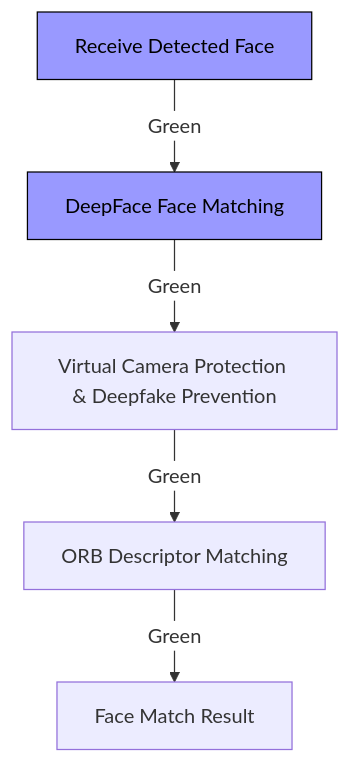
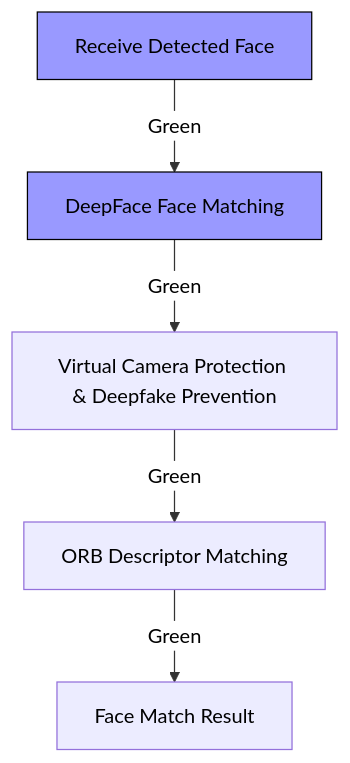
The third of 6 diagrams in README.md (Tharun-selladurai/face_liveliness_web_platform), drawn with Mermaid before and after one commit. The commit also changed other lines of this file, not shown here.

````diff
--- a/README.md
+++ b/README.md
@@ -87,11 +87,11 @@
 ```mermaid
-%%{init: {'theme': 'default', 'themeVariables': {'edgeLabelBackground':'#ffffff', 'tertiaryColor':'#ffffff'}}}%%
+%%{init: { "theme": "default", "themeVariables": { "edgeLabelBackground": "#ffffff", "tertiaryColor": "#ffffff", "primaryColor": "#9999ff", "edgeColor": "#008000", "textColor": "#000000" }}}%%
 graph TD;
     A[Receive Detected Face] -->|Green| B[DeepFace Face Matching]
     B -->|Green| C[Virtual Camera Protection & Deepfake Prevention]
     C -->|Green| D[ORB Descriptor Matching]
     D -->|Green| E[Face Match Result]
     
     classDef match fill:#9999ff,stroke:#000000,color:#000000;
     class A,B match;
 ```
````
